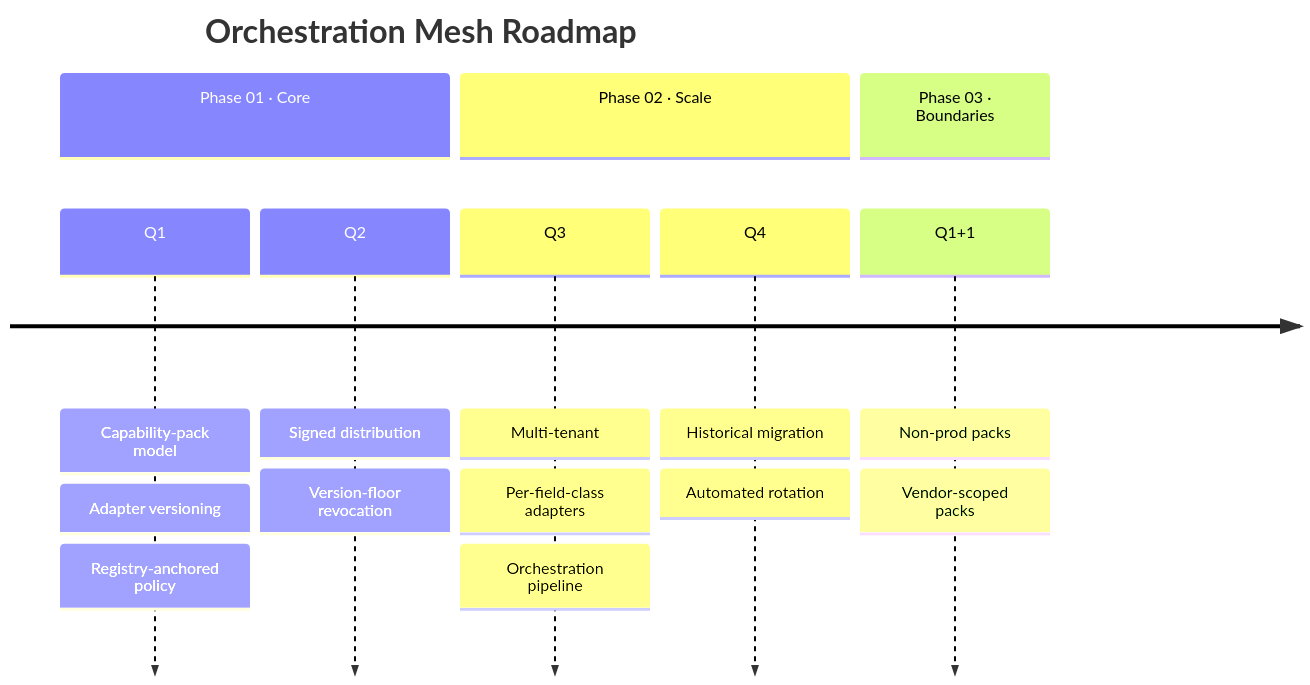
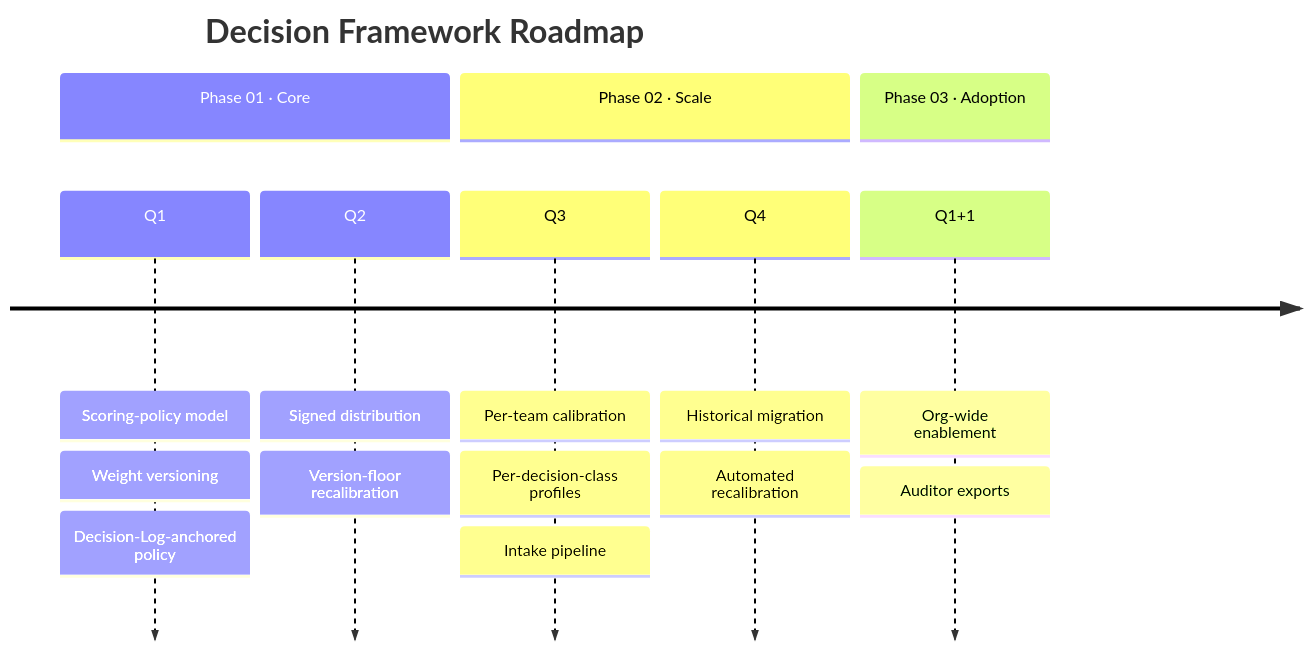
Diagram 14 of 25 in lib/components/diagram/diagram/diagram.gallery.md (SlideWright/lattice), drawn with Mermaid before and after one commit. The commit also changed other lines of this file and 81 other files, not shown here.

````diff
--- a/lib/components/diagram/diagram/diagram.gallery.md
+++ b/lib/components/diagram/diagram/diagram.gallery.md
@@ -421,19 +421,19 @@
 ```mermaid
 timeline
-  title Orchestration Mesh Roadmap
+  title Decision Framework Roadmap
   section Phase 01 · Core
-    Q1 : Capability-pack model
-       : Adapter versioning
-       : Registry-anchored policy
+    Q1 : Scoring-policy model
+       : Weight versioning
+       : Decision-Log-anchored policy
     Q2 : Signed distribution
-       : Version-floor revocation
+       : Version-floor recalibration
   section Phase 02 · Scale
-    Q3 : Multi-tenant
-       : Per-field-class adapters
-       : Orchestration pipeline
+    Q3 : Per-team calibration
+       : Per-decision-class profiles
+       : Intake pipeline
     Q4 : Historical migration
-       : Automated rotation
-  section Phase 03 · Boundaries
-    Q1+1 : Non-prod packs
-         : Vendor-scoped packs
+       : Automated recalibration
+  section Phase 03 · Adoption
+    Q1+1 : Org-wide enablement
+         : Auditor exports
 ```
````
